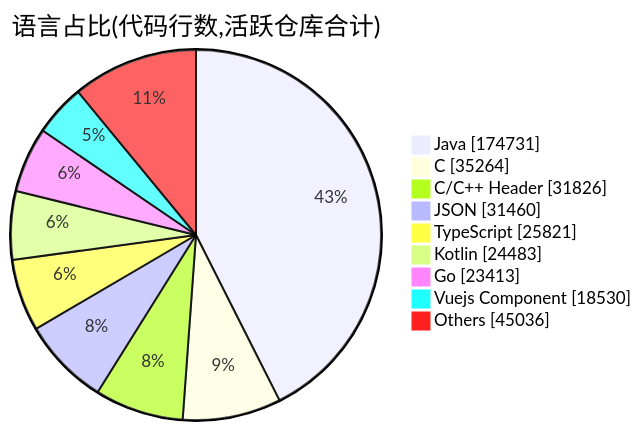
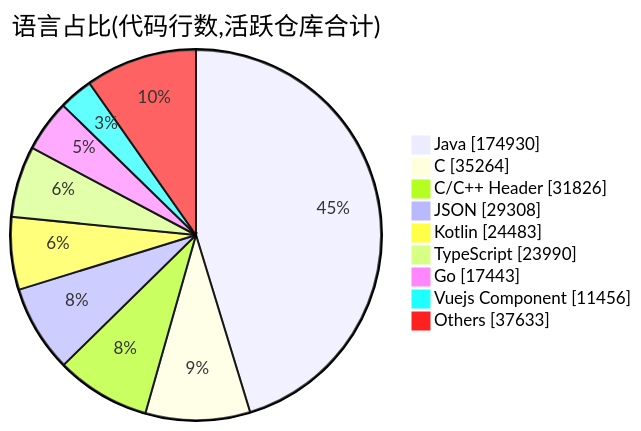
Before and after one commit to Conflux-Union/.github: the second of 2 diagrams in profile/README.md, drawn with Mermaid. The commit also changed other lines of this file and 1 other file, not shown here.

````diff
--- a/profile/README.md
+++ b/profile/README.md
@@ -83,13 +81,13 @@
 ```mermaid
 pie showData
     title 语言占比(代码行数,活跃仓库合计)
-    "Java" : 174731
+    "Java" : 174930
     "C" : 35264
     "C/C++ Header" : 31826
-    "JSON" : 31460
-    "TypeScript" : 25821
+    "JSON" : 29308
     "Kotlin" : 24483
-    "Go" : 23413
-    "Vuejs Component" : 18530
-    "Others" : 45036
+    "TypeScript" : 23990
+    "Go" : 17443
+    "Vuejs Component" : 11456
+    "Others" : 37633
 ```
````
